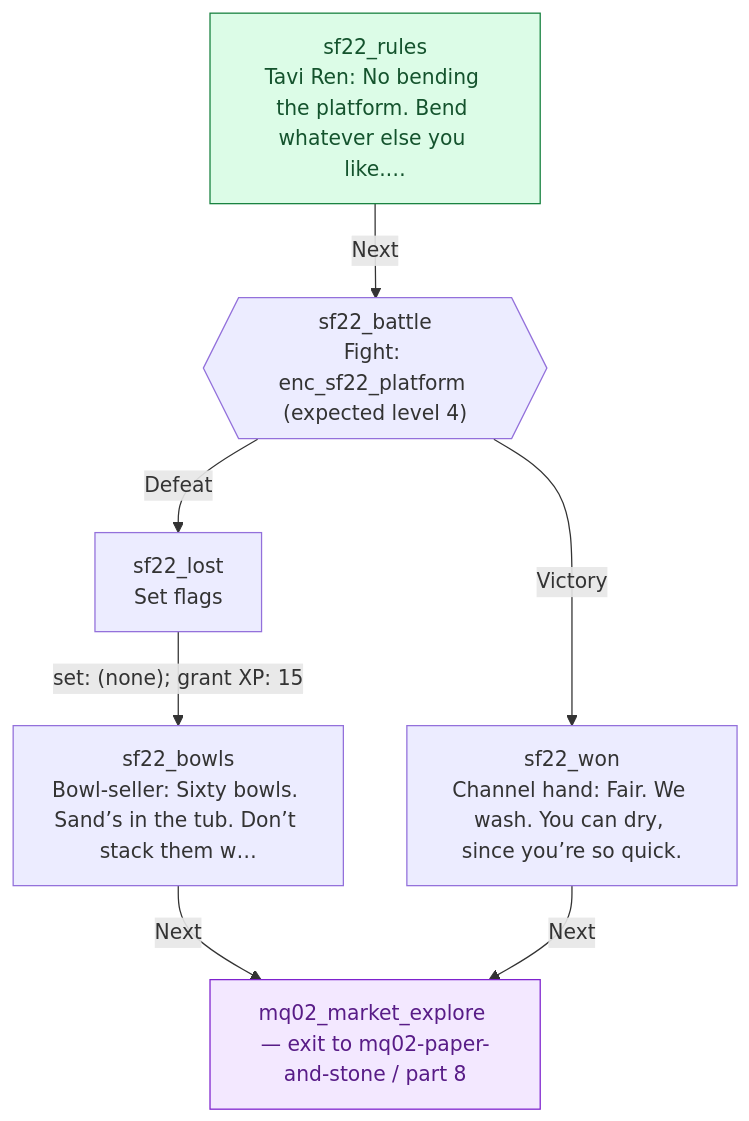
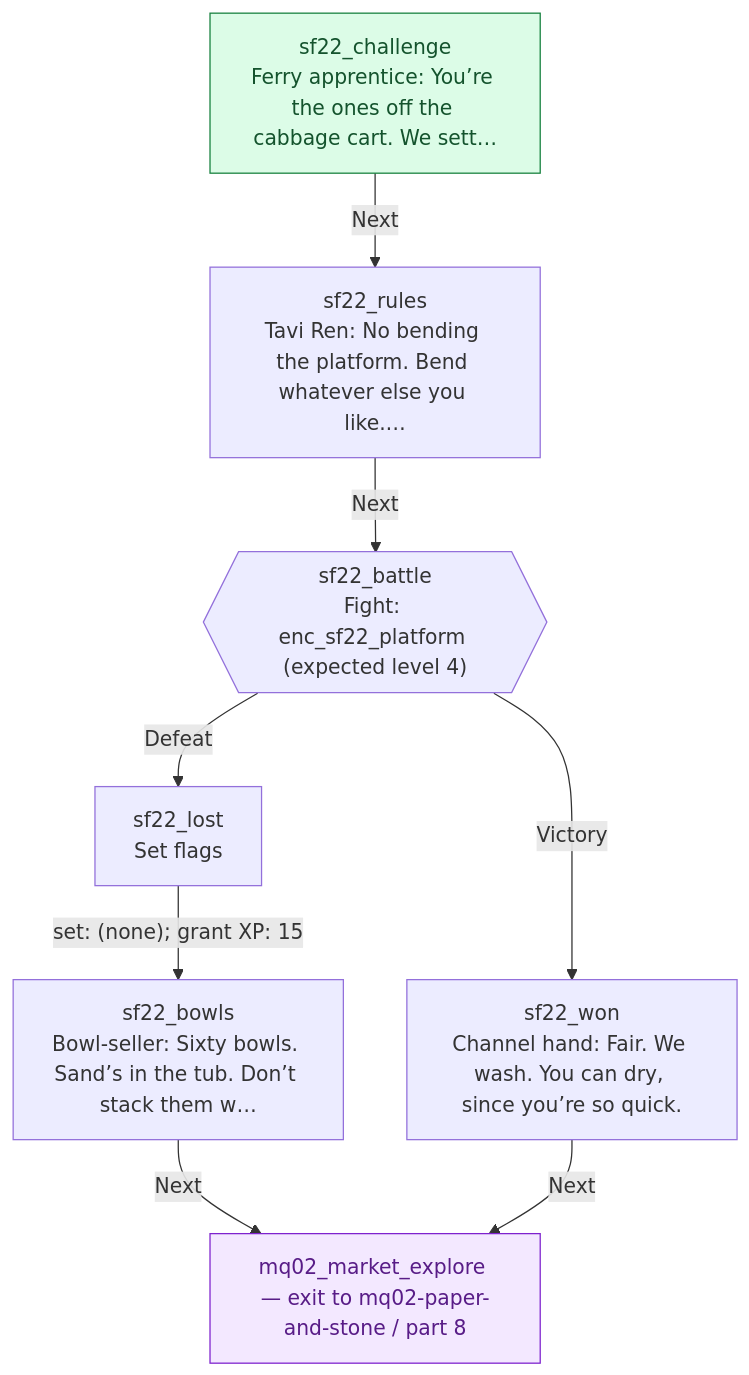
The diagram in docs/story/sf22-tipping-platform.md (jaredbahr/Avatarrpg), drawn with Mermaid before and after one commit. The commit also changed other lines of this file and 16 other files, not shown here.

````diff
--- a/docs/story/sf22-tipping-platform.md
+++ b/docs/story/sf22-tipping-platform.md
@@ -21,18 +21,20 @@
 ```mermaid
 flowchart TD
   n372{{"sf22_battle<br/>Fight: enc_sf22_platform (expected level 4)"}}
   n373["sf22_bowls<br/>Bowl-seller: Sixty bowls. Sand’s in the tub. Don’t stack them w…"]
-  n374["sf22_lost<br/>Set flags"]
-  n375["sf22_rules<br/>Tavi Ren: No bending the platform. Bend whatever else you like.…"]:::entry
-  n376["sf22_won<br/>Channel hand: Fair. We wash. You can dry, since you’re so quick."]
+  n374["sf22_challenge<br/>Ferry apprentice: You’re the ones off the cabbage cart. We sett…"]:::entry
+  n375["sf22_lost<br/>Set flags"]
+  n376["sf22_rules<br/>Tavi Ren: No bending the platform. Bend whatever else you like.…"]
+  n377["sf22_won<br/>Channel hand: Fair. We wash. You can dry, since you’re so quick."]
   n171["mq02_market_explore — exit to mq02-paper-and-stone / part 8"]:::external
-  n372 -->|"Victory"| n376
-  n372 -->|"Defeat"| n374
+  n372 -->|"Victory"| n377
+  n372 -->|"Defeat"| n375
   n373 -->|"Next"| n171
-  n374 -->|"set: (none); grant XP: 15"| n373
-  n375 -->|"Next"| n372
-  n376 -->|"Next"| n171
+  n374 -->|"Next"| n376
+  n375 -->|"set: (none); grant XP: 15"| n373
+  n376 -->|"Next"| n372
+  n377 -->|"Next"| n171
   classDef entry fill:#dcfce7,stroke:#15803d,color:#14532d
   classDef external fill:#f3e8ff,stroke:#7e22ce,color:#581c87
   classDef continuation fill:#f8fafc,stroke:#475569,color:#0f172a,stroke-dasharray:5 5
 ```
````
